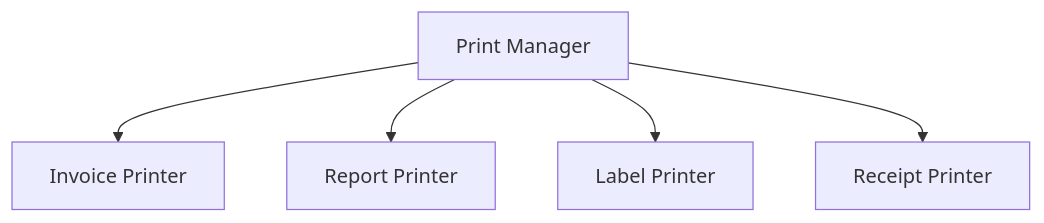
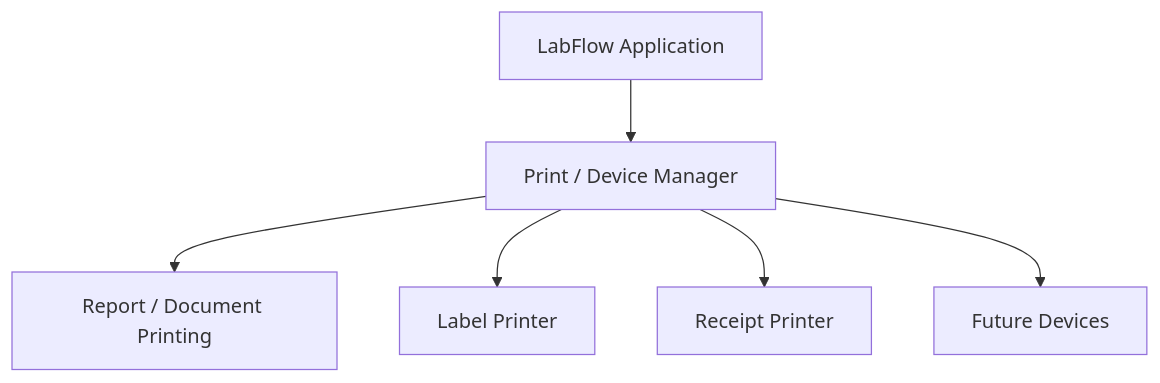
Before and after one commit to zaighaumrana/lab-software: the sixth of 6 diagrams in docs/02_Technical_Architecture.md, drawn with Mermaid. The commit also changed other lines of this file, not shown here.

First line of the commit message:
Revise technical architecture documentation

````diff
--- a/docs/02_Technical_Architecture.md
+++ b/docs/02_Technical_Architecture.md
@@ -172,7 +834,8 @@
 ```mermaid
 flowchart TD
-    PM[Print Manager] --> IP[Invoice Printer]
-    PM --> RP[Report Printer]
-    PM --> LP[Label Printer]
-    PM --> RCP[Receipt Printer]
+    APP[LabFlow Application] --> PM[Print / Device Manager]
+    PM --> REPORT[Report / Document Printing]
+    PM --> LABEL[Label Printer]
+    PM --> RECEIPT[Receipt Printer]
+    PM --> OTHER[Future Devices]
 ```
````
